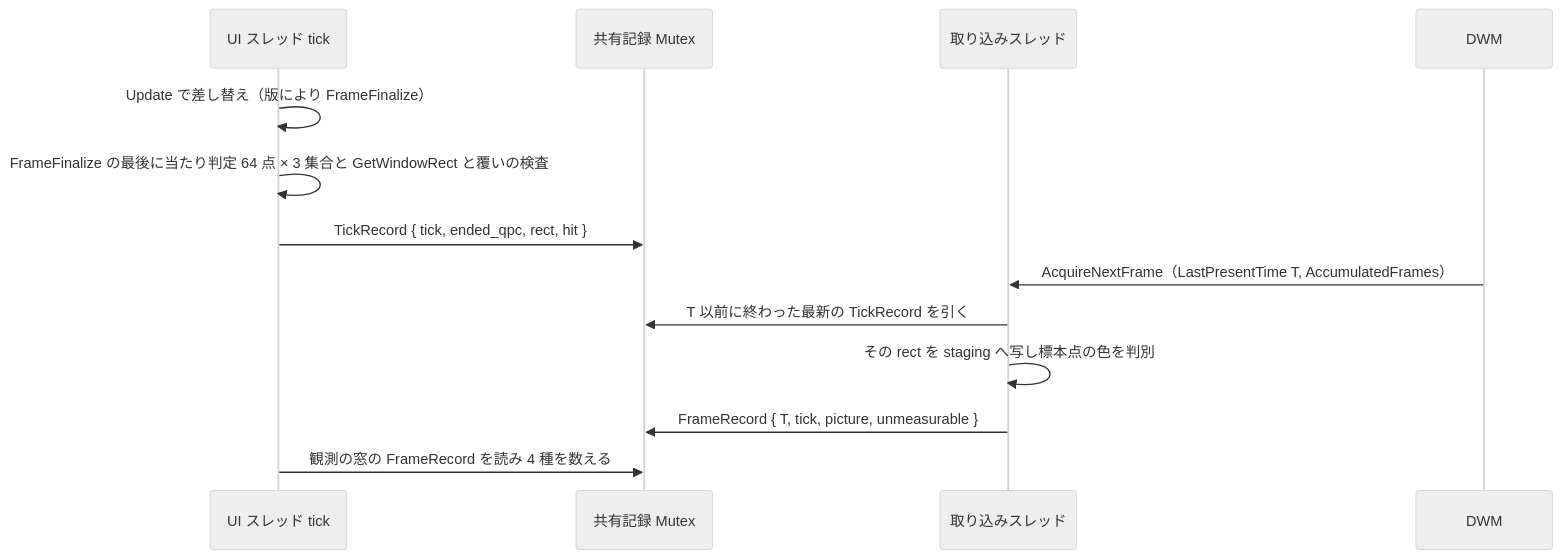
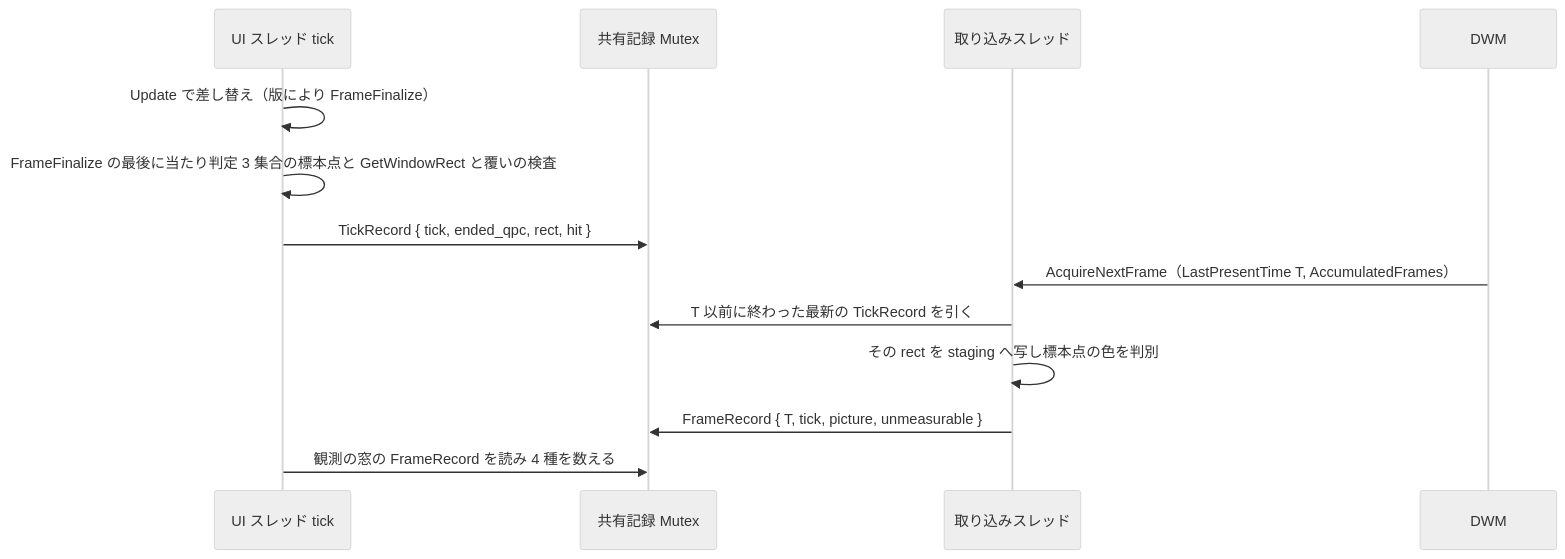
The third of 3 diagrams in .kiro/specs/pilot-balloon-asset-swap/design.md (ekicyou/areka), drawn with Mermaid (neutral theme) before and after one commit. The commit also changed other lines of this file and 3 other files, not shown here.

````diff
--- a/.kiro/specs/pilot-balloon-asset-swap/design.md
+++ b/.kiro/specs/pilot-balloon-asset-swap/design.md
@@ -178,15 +178,15 @@
 ```mermaid
 sequenceDiagram
     participant UI as UI スレッド tick
     participant Shared as 共有記録 Mutex
     participant Cap as 取り込みスレッド
     participant DWM as DWM
     UI->>UI: Update で差し替え（版により FrameFinalize）
-    UI->>UI: FrameFinalize の最後に当たり判定 64 点 × 3 集合と GetWindowRect と覆いの検査
+    UI->>UI: FrameFinalize の最後に当たり判定 3 集合の標本点と GetWindowRect と覆いの検査
     UI->>Shared: TickRecord { tick, ended_qpc, rect, hit }
     DWM->>Cap: AcquireNextFrame（LastPresentTime T, AccumulatedFrames）
     Cap->>Shared: T 以前に終わった最新の TickRecord を引く
     Cap->>Cap: その rect を staging へ写し標本点の色を判別
     Cap->>Shared: FrameRecord { T, tick, picture, unmeasurable }
     UI->>Shared: 観測の窓の FrameRecord を読み 4 種を数える
 ```
````
